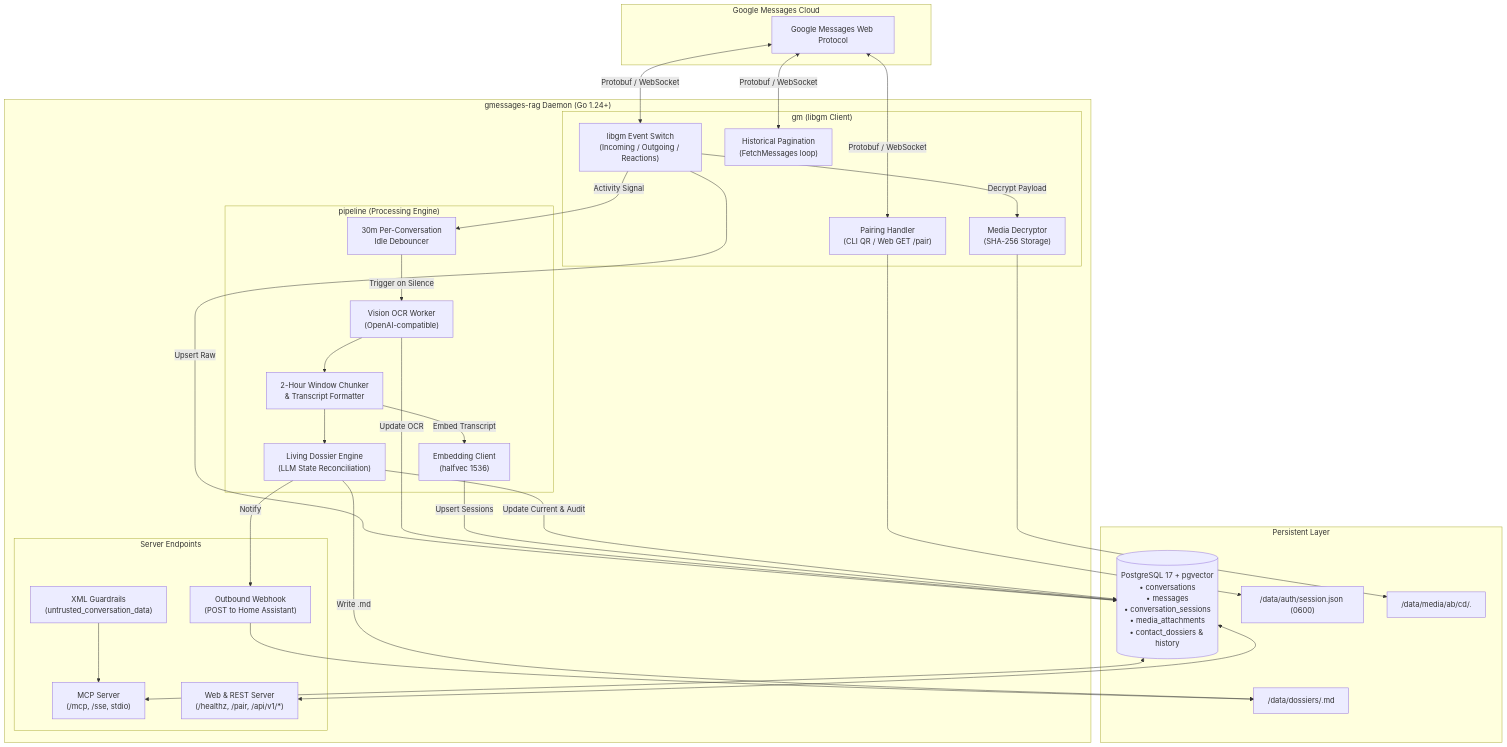
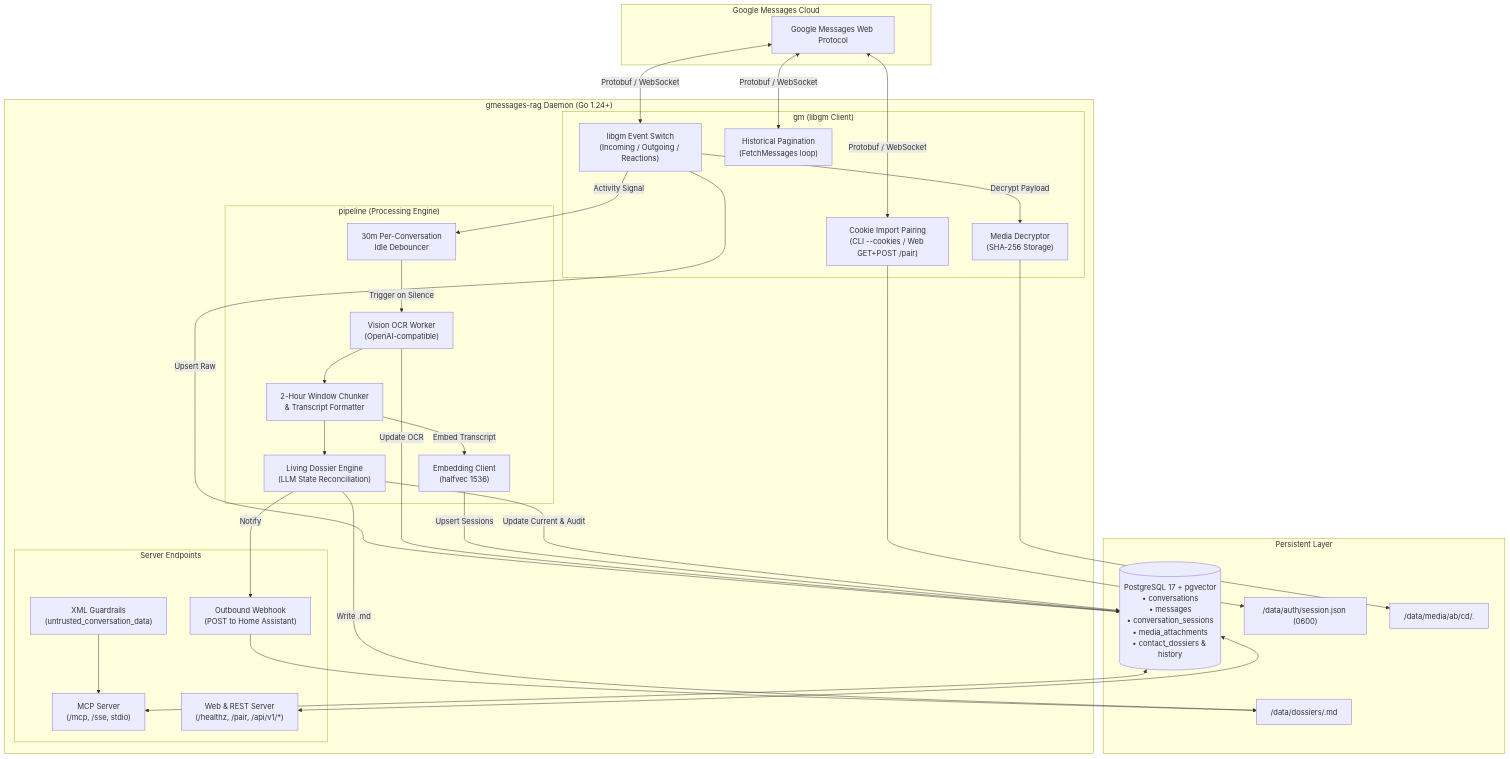
One commit to spelech/gmessage-rag changed the diagram in docs/architecture/overview.md. Above: the diagram before and after it, drawn with Mermaid. The commit also changed 31 other files, not shown here.

First line of the commit message:
feat(auth): replace QR pairing with Google session cookie import

````diff
--- a/docs/architecture/overview.md
+++ b/docs/architecture/overview.md
@@ -7,59 +7,59 @@
 ```mermaid
 flowchart TD
     subgraph GoogleMessages["Google Messages Cloud"]
         GMWeb["Google Messages Web Protocol"]
     end
 
     subgraph Daemon["gmessages-rag Daemon (Go 1.24+)"]
         subgraph Ingestion["gm (libgm Client)"]
-            Pairing["Pairing Handler<br>(CLI QR / Web GET /pair)"]
+            Pairing["Cookie Import Pairing<br>(CLI --cookies / Web GET+POST /pair)"]
             EventLoop["libgm Event Switch<br>(Incoming / Outgoing / Reactions)"]
             MediaHandler["Media Decryptor<br>(SHA-256 Storage)"]
             Backfill["Historical Pagination<br>(FetchMessages loop)"]
         end
 
         subgraph Pipeline["pipeline (Processing Engine)"]
             Debouncer["30m Per-Conversation<br>Idle Debouncer"]
             VisionOCR["Vision OCR Worker<br>(OpenAI-compatible)"]
             Sessionizer["2-Hour Window Chunker<br>& Transcript Formatter"]
             Embedder["Embedding Client<br>(halfvec 1536)"]
             DossierEngine["Living Dossier Engine<br>(LLM State Reconciliation)"]
         end
 
         subgraph Interfaces["Server Endpoints"]
             MCPServer["MCP Server<br>(/mcp, /sse, stdio)"]
             Guardrails["XML Guardrails<br>(untrusted_conversation_data)"]
             WebAPI["Web & REST Server<br>(/healthz, /pair, /api/v1/*)"]
             Webhook["Outbound Webhook<br>(POST to Home Assistant)"]
         end
     end
 
     subgraph Storage["Persistent Layer"]
         Postgres[("PostgreSQL 17 + pgvector<br>• conversations<br>• messages<br>• conversation_sessions<br>• media_attachments<br>• contact_dossiers & history")]
         DataAuth["/data/auth/session.json (0600)"]
         DataMedia["/data/media/ab/cd/<hash>.<ext>"]
         DataDossiers["/data/dossiers/<contact>.md"]
     end
 
     GMWeb <-->|Protobuf / WebSocket| Pairing & EventLoop & Backfill
     EventLoop -->|Decrypt Payload| MediaHandler
     MediaHandler --> DataMedia
     EventLoop -->|Upsert Raw| Postgres
     EventLoop -->|Activity Signal| Debouncer
 
     Debouncer -->|Trigger on Silence| VisionOCR
     VisionOCR -->|Update OCR| Postgres
     VisionOCR --> Sessionizer
     Sessionizer -->|Embed Transcript| Embedder
     Embedder -->|Upsert Sessions| Postgres
     Sessionizer --> DossierEngine
     DossierEngine -->|Update Current & Audit| Postgres
     DossierEngine -->|Write .md| DataDossiers
     DossierEngine -->|Notify| Webhook
 
     Pairing --> DataAuth
     Guardrails --> MCPServer
     Postgres <--> MCPServer
     Postgres <--> WebAPI
     Webhook --> DataDossiers
 ```
````
